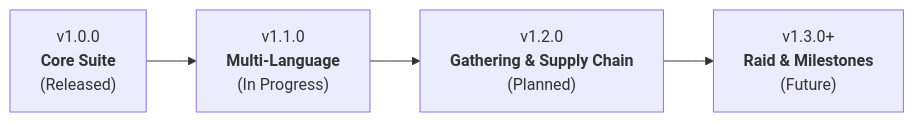
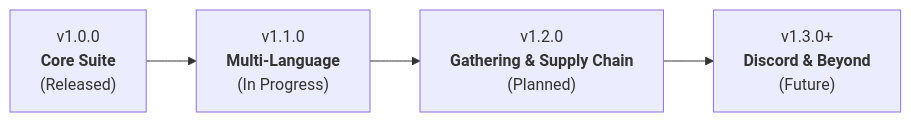
The diagram in ROADMAP.md (VhelCodez/GSFHub), drawn with Mermaid before and after one commit. The commit also changed other lines of this file and 1 other file, not shown here.

Commit message:
Streamline v1.3.0 roadmap focus to Discord integration and community extensions

````diff
--- a/ROADMAP.md
+++ b/ROADMAP.md
@@ -9,6 +9,6 @@
 ```mermaid
 graph LR
     v1["v1.0.0<br/><b>Core Suite</b><br/>(Released)"] --> v11["v1.1.0<br/><b>Multi-Language</b><br/>(In Progress)"]
     v11 --> v12["v1.2.0<br/><b>Gathering & Supply Chain</b><br/>(Planned)"]
-    v12 --> v13["v1.3.0+<br/><b>Raid & Milestones</b><br/>(Future)"]
+    v12 --> v13["v1.3.0+<br/><b>Discord & Beyond</b><br/>(Future)"]
 ```
````
